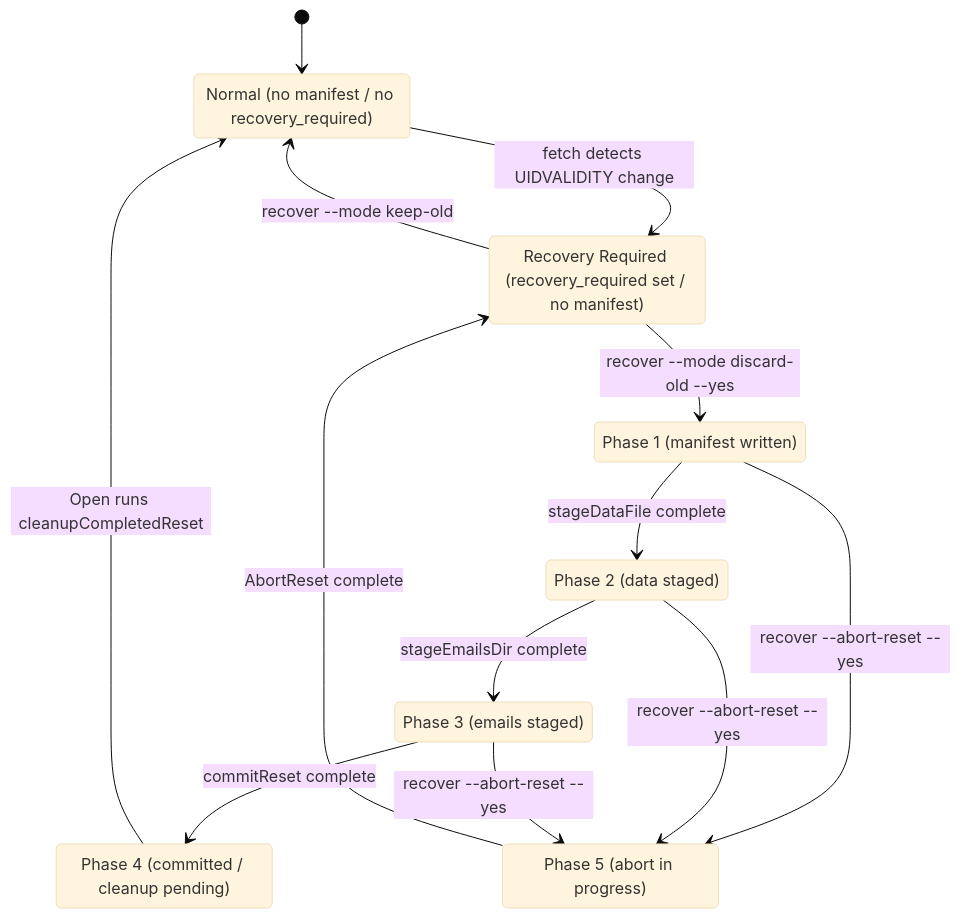
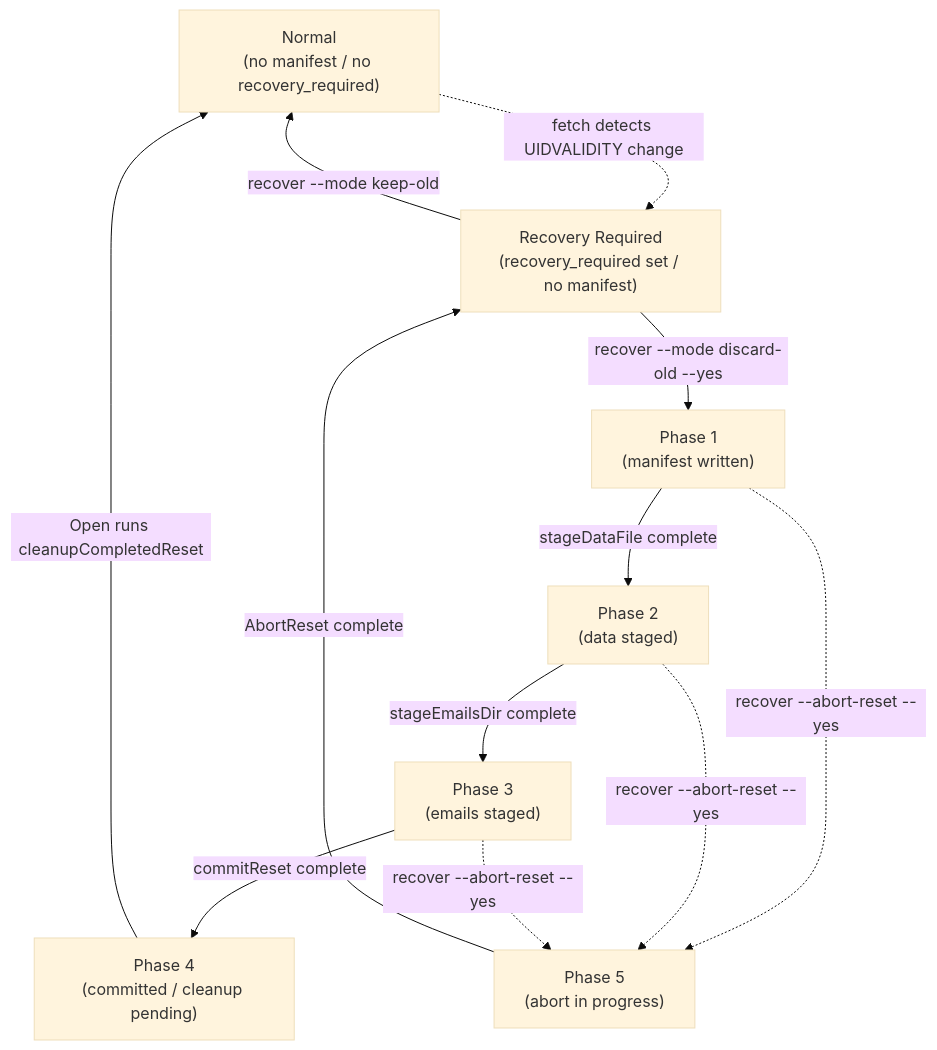
The diagram in docs/dev/adr/0003_reset_phase_design.md (isseis/tlsrpt-digest), drawn with Mermaid (base theme) before and after one commit. The commit also changed 1 other file, not shown here.

Commit message:
docs(adr-0003): distinguish normal/exceptional transitions in state diagram
Switch from stateDiagram-v2 to flowchart to enable line-style variation.
Solid arrows = normal transitions; dashed arrows = exceptional event
(UIDVALIDITY change) or manual abort (recover --abort-reset --yes).

````diff
--- a/docs/dev/adr/0003_reset_phase_design.md
+++ b/docs/dev/adr/0003_reset_phase_design.md
@@ -62,24 +62,22 @@
 ```mermaid
-stateDiagram-v2
-    [*] --> Normal
+flowchart TD
+    Normal["Normal<br>(no manifest / no recovery_required)"]
+    RR["Recovery Required<br>(recovery_required set / no manifest)"]
+    P1["Phase 1<br>(manifest written)"]
+    P2["Phase 2<br>(data staged)"]
+    P3["Phase 3<br>(emails staged)"]
+    P4["Phase 4<br>(committed / cleanup pending)"]
+    P5["Phase 5<br>(abort in progress)"]
 
-    Normal : Normal (no manifest / no recovery_required)
-    RR : Recovery Required (recovery_required set / no manifest)
-    P1 : Phase 1 (manifest written)
-    P2 : Phase 2 (data staged)
-    P3 : Phase 3 (emails staged)
-    P4 : Phase 4 (committed / cleanup pending)
-    P5 : Phase 5 (abort in progress)
-
-    Normal --> RR : fetch detects UIDVALIDITY change
-    RR --> Normal : recover --mode keep-old
-    RR --> P1 : recover --mode discard-old --yes
-    P1 --> P2 : stageDataFile complete
-    P2 --> P3 : stageEmailsDir complete
-    P3 --> P4 : commitReset complete
-    P4 --> Normal : Open runs cleanupCompletedReset
-    P1 --> P5 : recover --abort-reset --yes
-    P2 --> P5 : recover --abort-reset --yes
-    P3 --> P5 : recover --abort-reset --yes
-    P5 --> RR : AbortReset complete
+    Normal -.->|"fetch detects UIDVALIDITY change"| RR
+    RR -->|"recover --mode keep-old"| Normal
+    RR -->|"recover --mode discard-old --yes"| P1
+    P1 -->|"stageDataFile complete"| P2
+    P2 -->|"stageEmailsDir complete"| P3
+    P3 -->|"commitReset complete"| P4
+    P4 -->|"Open runs cleanupCompletedReset"| Normal
+    P1 -.->|"recover --abort-reset --yes"| P5
+    P2 -.->|"recover --abort-reset --yes"| P5
+    P3 -.->|"recover --abort-reset --yes"| P5
+    P5 -->|"AbortReset complete"| RR
 ```
````
